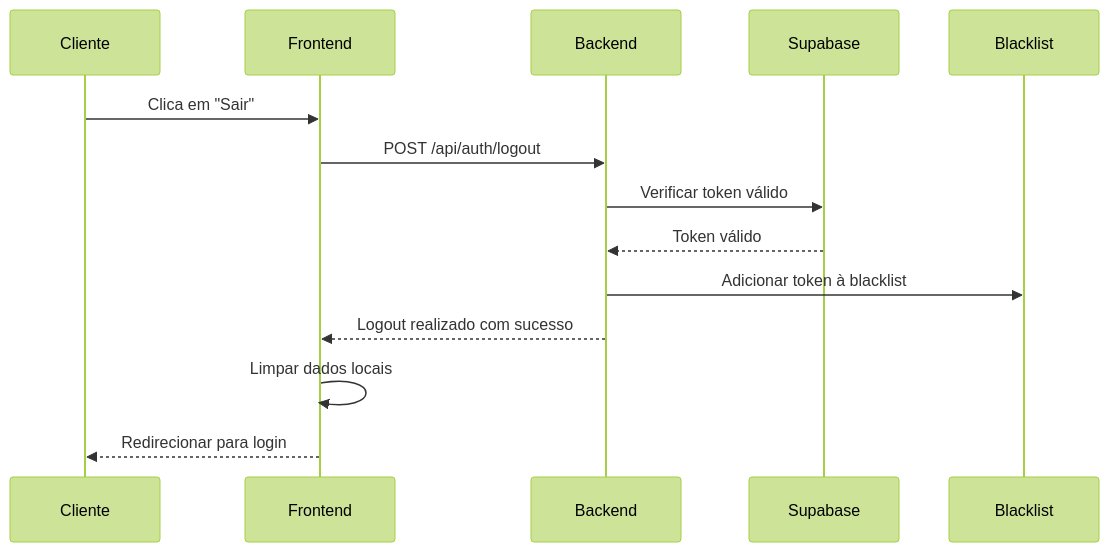
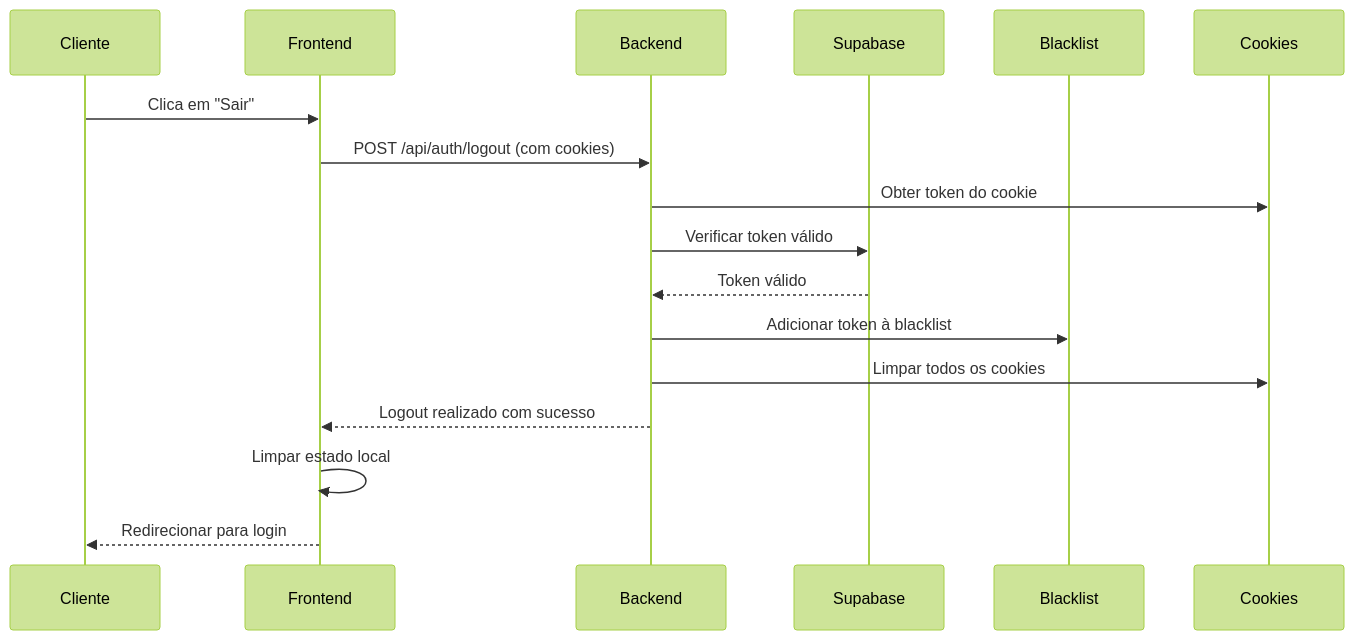
One commit to vinic-asouza/flock changed the diagram in backend/docs/LOGOUT_IMPLEMENTATION.md. Above: the diagram before and after it, drawn with Mermaid (forest theme). The commit also changed other lines of this file and 11 other files, not shown here.

Commit message:
fix(auth): security cookies - httponly

````diff
--- a/backend/docs/LOGOUT_IMPLEMENTATION.md
+++ b/backend/docs/LOGOUT_IMPLEMENTATION.md
@@ -16,17 +22,20 @@
 ```mermaid
 sequenceDiagram
     participant C as Cliente
     participant F as Frontend
     participant B as Backend
     participant S as Supabase
     participant BL as Blacklist
+    participant CK as Cookies
 
     C->>F: Clica em "Sair"
-    F->>B: POST /api/auth/logout
+    F->>B: POST /api/auth/logout (com cookies)
+    B->>CK: Obter token do cookie
     B->>S: Verificar token válido
     S-->>B: Token válido
     B->>BL: Adicionar token à blacklist
+    B->>CK: Limpar todos os cookies
     B-->>F: Logout realizado com sucesso
-    F->>F: Limpar dados locais
+    F->>F: Limpar estado local
     F-->>C: Redirecionar para login
 ```
````
